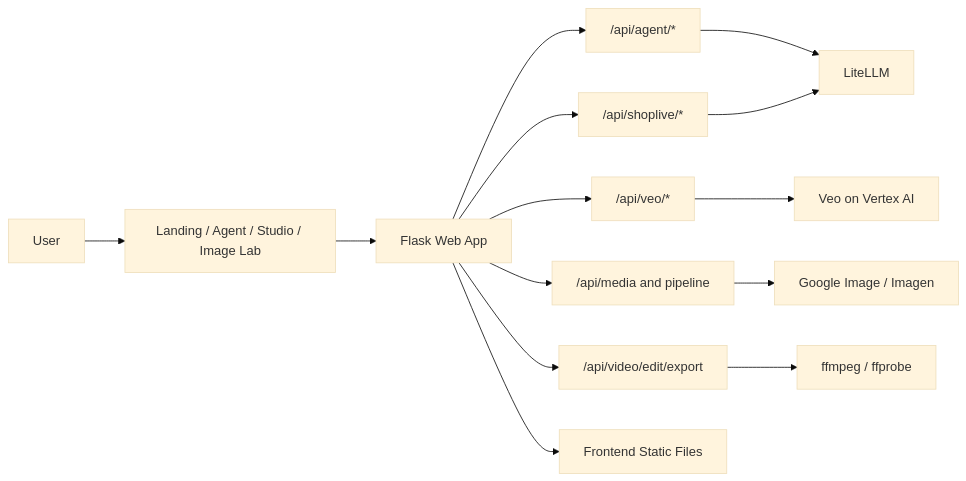
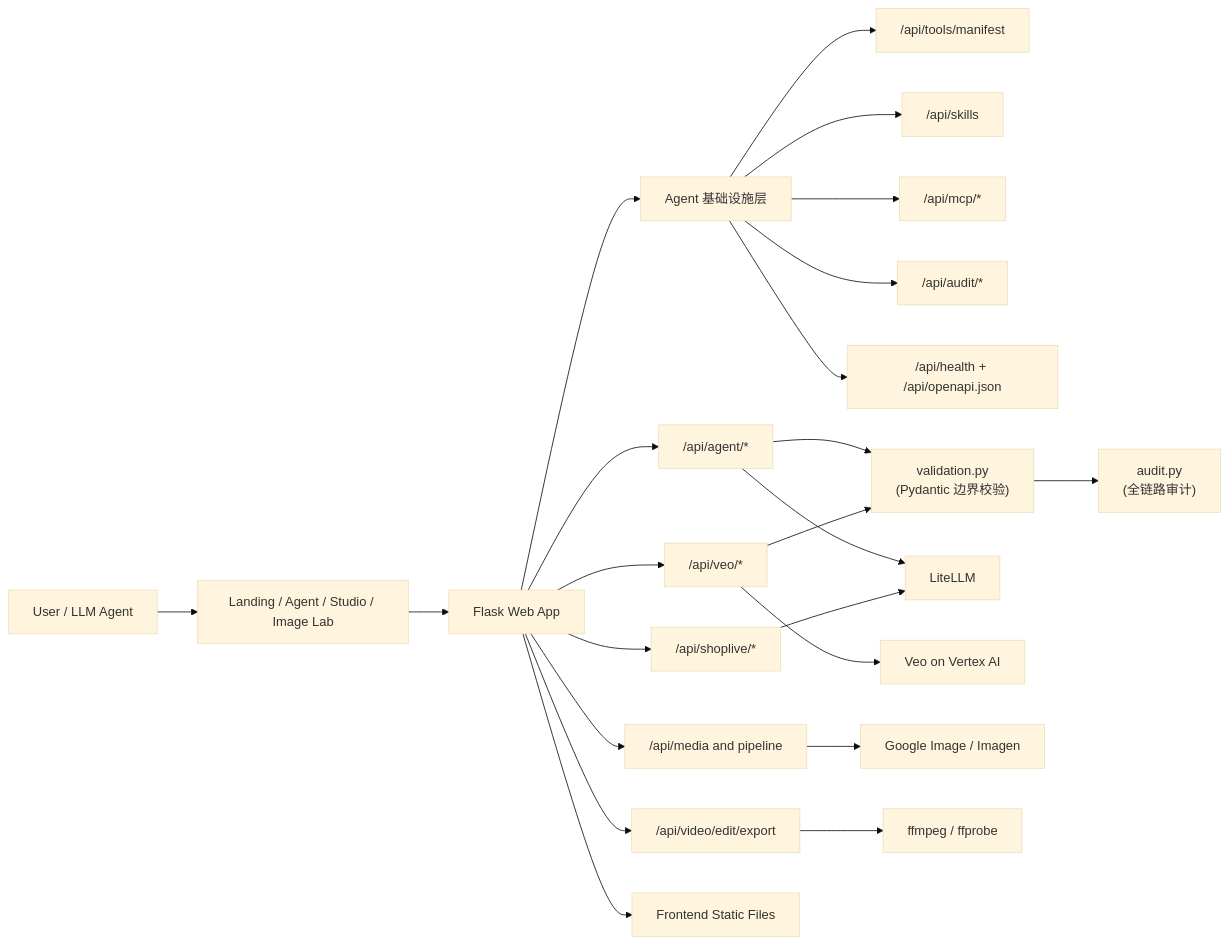
Before and after one commit to shaozheng0503/Shoplive: the diagram in README.md, drawn with Mermaid (base theme). The commit also changed other lines of this file, not shown here.

First line of the commit message:
Update README with Agent Tools infrastructure and test coverage.

````diff
--- a/README.md
+++ b/README.md
@@ -26,16 +27,29 @@
 ```mermaid
 flowchart LR
-    user["User"] --> landing["Landing / Agent / Studio / Image Lab"]
+    user["User / LLM Agent"] --> landing["Landing / Agent / Studio / Image Lab"]
     landing --> flask["Flask Web App"]
+
     flask --> agentApi["/api/agent/*"]
     flask --> shopliveApi["/api/shoplive/*"]
     flask --> veoApi["/api/veo/*"]
     flask --> mediaApi["/api/media and pipeline"]
     flask --> editApi["/api/video/edit/export"]
+
+    flask --> infraApi["Agent 基础设施层"]
+    infraApi --> toolsApi["/api/tools/manifest"]
+    infraApi --> skillsApi["/api/skills"]
+    infraApi --> mcpApi["/api/mcp/*"]
+    infraApi --> auditApi["/api/audit/*"]
+    infraApi --> healthApi["/api/health + /api/openapi.json"]
+
+    agentApi --> validate["validation.py\n(Pydantic 边界校验)"]
+    veoApi --> validate
+    validate --> audit["audit.py\n(全链路审计)"]
+
     agentApi --> litellm["LiteLLM"]
     shopliveApi --> litellm
     veoApi --> vertex["Veo on Vertex AI"]
     mediaApi --> imagen["Google Image / Imagen"]
     editApi --> ffmpeg["ffmpeg / ffprobe"]
     flask --> staticFiles["Frontend Static Files"]
 ```
````
